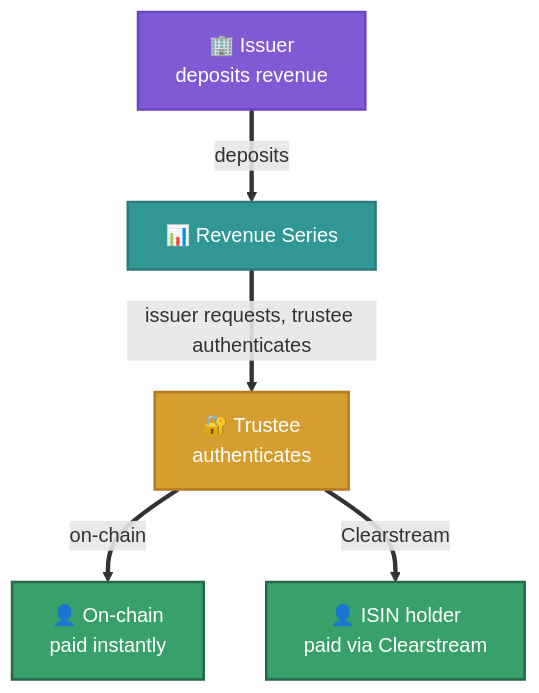
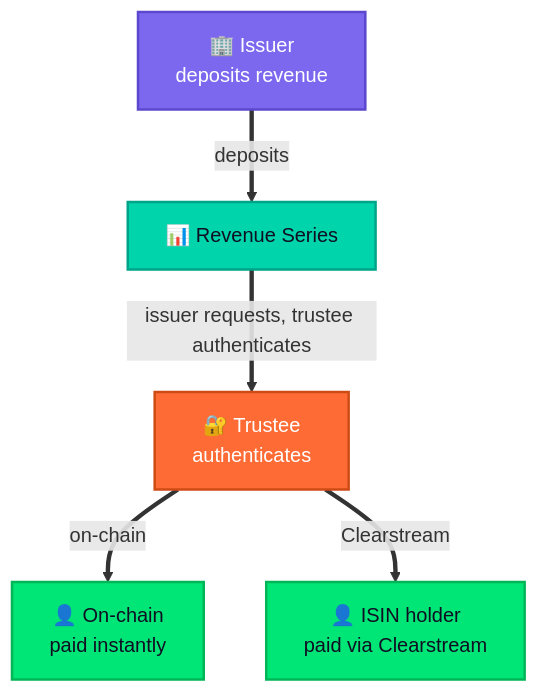
The tenth of 16 diagrams in hugo-site/content/_index.fr.md (hrbrlife/sailsto_website), drawn with Mermaid before and after one commit. The commit also changed other lines of this file and 9 other files, not shown here.

```diff
--- a/hugo-site/content/_index.fr.md
+++ b/hugo-site/content/_index.fr.md
@@ -672,17 +672,17 @@
 <div class="mermaid">
 flowchart TD
     CO["🏢 Issuer&lt;br/&gt;deposits revenue"]
     REV["📊 Revenue Series"]
     TRU["🔐 Trustee&lt;br/&gt;authenticates"]
     YOU1["👤 On-chain&lt;br/&gt;paid instantly"]
     YOU2["👤 ISIN holder&lt;br/&gt;paid via Clearstream"]
     CO ==>|"deposits"| REV
     REV ==>|"issuer requests, trustee authenticates"| TRU
     TRU ==>|"on-chain"| YOU1
     TRU ==>|"Clearstream"| YOU2
-    style CO fill:#805ad5,color:#fff,stroke:#6b46c1,stroke-width:2px
-    style REV fill:#319795,color:#fff,stroke:#2c7a7b,stroke-width:2px
-    style TRU fill:#d69e2e,color:#fff,stroke:#b7791f,stroke-width:2px
-    style YOU1 fill:#38a169,color:#fff,stroke:#276749,stroke-width:2px
-    style YOU2 fill:#38a169,color:#fff,stroke:#276749,stroke-width:2px
+    style CO fill:#7B68EE,color:#fff,stroke:#5B48CE,stroke-width:2px
+    style REV fill:#00D4AA,color:#0F0F23,stroke:#00A488,stroke-width:2px
+    style TRU fill:#FF6B35,color:#fff,stroke:#CF4B15,stroke-width:2px
+    style YOU1 fill:#00E676,color:#0F0F23,stroke:#00B656,stroke-width:2px
+    style YOU2 fill:#00E676,color:#0F0F23,stroke:#00B656,stroke-width:2px
 </div>
```
